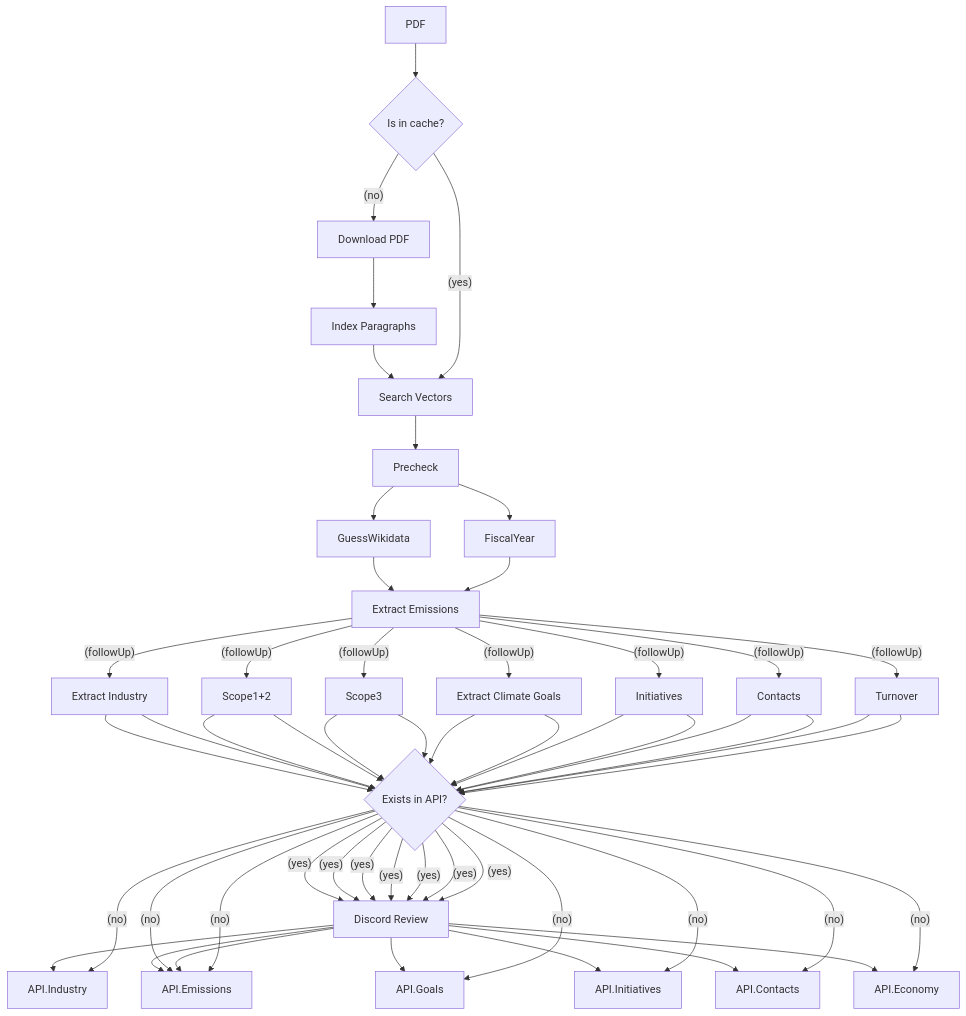
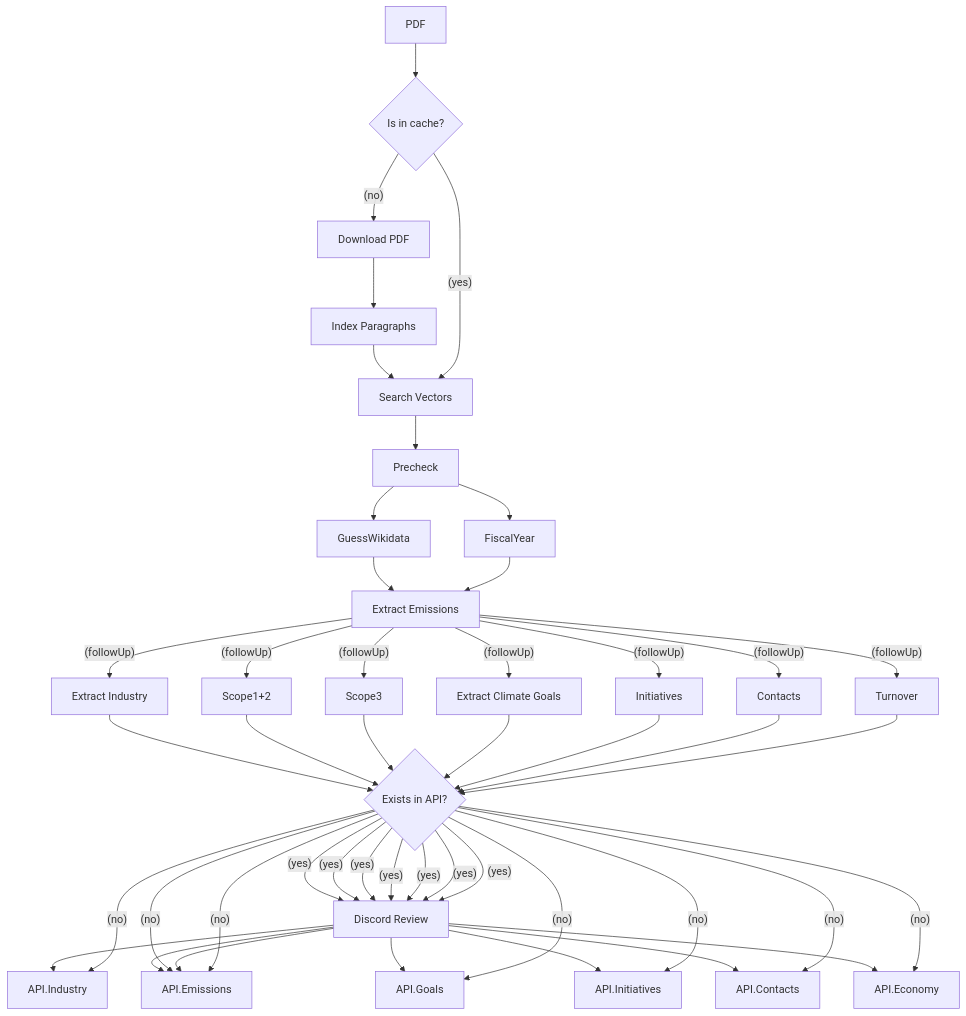
The diagram in README.md (Klimatbyran/garbo), drawn with Mermaid before and after one commit. The commit also changed 16 other files, not shown here.

````diff
--- a/README.md
+++ b/README.md
@@ -19,39 +19,39 @@
 ```mermaid
 flowchart TB
 
     PDF[PDF]
     Cache{Is in cache?}
     Download[Download PDF]
     Index[Index Paragraphs]
     Search[Search Vectors]
     Emissions[Extract Emissions]
 
     Industry[Extract Industry]
     Goals[Extract Climate Goals]
     Review[Discord Review]
 
     Precheck --> GuessWikidata --> Emissions
     Precheck --> FiscalYear --> Emissions
 
     PDF --> Cache --(no)--> Download --> Index --> Search --> Precheck
 
     Cache --(yes)--> Search
 
     CheckDb{Exists in API?}
 
     Emissions --(followUp)--> Industry --> CheckDb --(yes)--> Review --> API.Industry
-                              Industry --> CheckDb --(no)--> API.Industry
+                                           CheckDb --(no)--> API.Industry
     Emissions --(followUp)--> Scope1+2 --> CheckDb --(yes)--> Review --> API.Emissions
-                              Scope1+2 --> CheckDb --(no)--> API.Emissions
+                                           CheckDb --(no)--> API.Emissions
     Emissions --(followUp)--> Scope3 --> CheckDb --(yes)--> Review --> API.Emissions
-                              Scope3 --> CheckDb --(no)--> API.Emissions
+                                           CheckDb --(no)--> API.Emissions
     Emissions --(followUp)--> Goals --> CheckDb --(yes)--> Review --> API.Goals
-                              Goals --> CheckDb --(no)--> API.Goals
+                                           CheckDb --(no)--> API.Goals
     Emissions --(followUp)--> Initiatives --> CheckDb --(yes)--> Review --> API.Initiatives
-                              Initiatives --> CheckDb --(no)--> API.Initiatives
+                                           CheckDb --(no)--> API.Initiatives
     Emissions --(followUp)--> Contacts --> CheckDb --(yes)--> Review --> API.Contacts
-                              Contacts --> CheckDb --(no)--> API.Contacts
+                                           CheckDb --(no)--> API.Contacts
     Emissions --(followUp)--> Turnover --> CheckDb --(yes)--> Review --> API.Economy
-                              Turnover --> CheckDb --(no)--> API.Economy
+                                           CheckDb --(no)--> API.Economy
 
 ```
````
